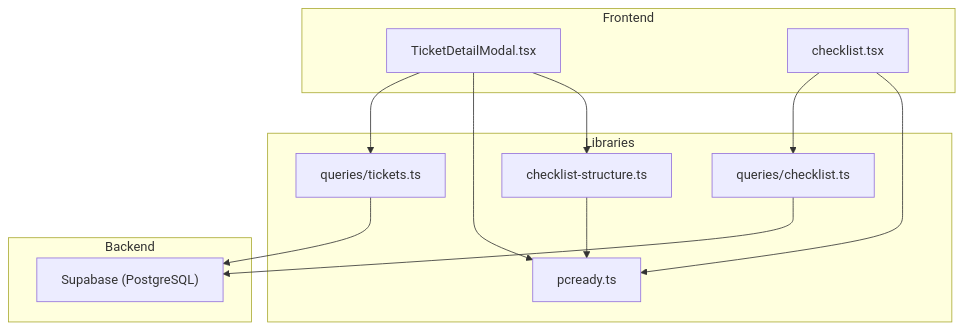
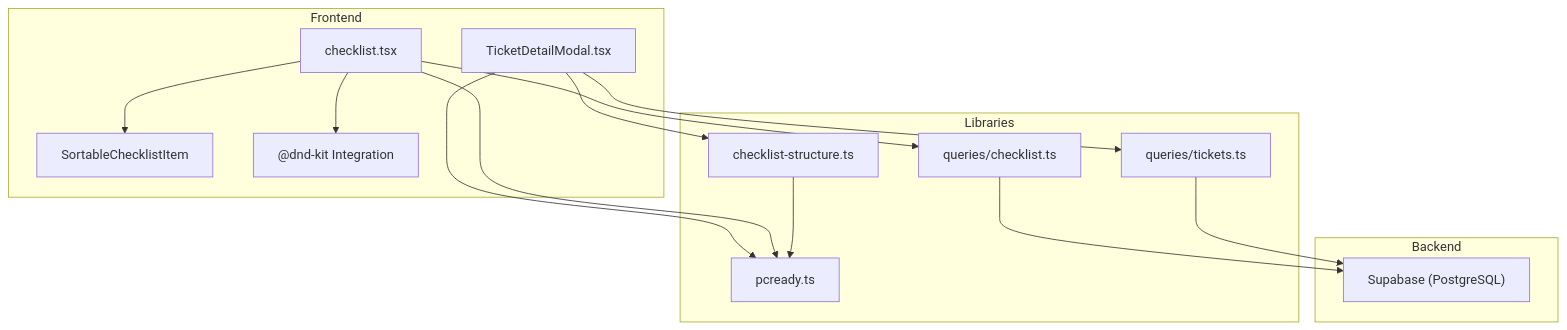
One commit to gastaldellomarco/pcReady changed the first of 10 diagrams in .qoder/repowiki/en/content/Ticket Management System/Checklist System.md. Above: the diagram before and after it, drawn with Mermaid. The commit also changed other lines of this file and 15 other files, not shown here.

````diff
--- a/.qoder/repowiki/en/content/Ticket Management System/Checklist System.md
+++ b/.qoder/repowiki/en/content/Ticket Management System/Checklist System.md
@@ -41,24 +50,28 @@
 ```mermaid
 graph TB
 subgraph "Frontend"
 UI["TicketDetailModal.tsx"]
 Editor["checklist.tsx"]
+Sortable["SortableChecklistItem"]
+DnD["@dnd-kit Integration"]
 end
 subgraph "Libraries"
 Types["checklist-structure.ts"]
 PCReady["pcready.ts"]
 QChecklist["queries/checklist.ts"]
 QTix["queries/tickets.ts"]
 end
 subgraph "Backend"
 Supabase["Supabase (PostgreSQL)"]
 end
 UI --> QTix
 UI --> PCReady
 UI --> Types
 Editor --> QChecklist
 Editor --> PCReady
+Editor --> Sortable
+Editor --> DnD
 QChecklist --> Supabase
 QTix --> Supabase
 Types --> PCReady
 ```
````
